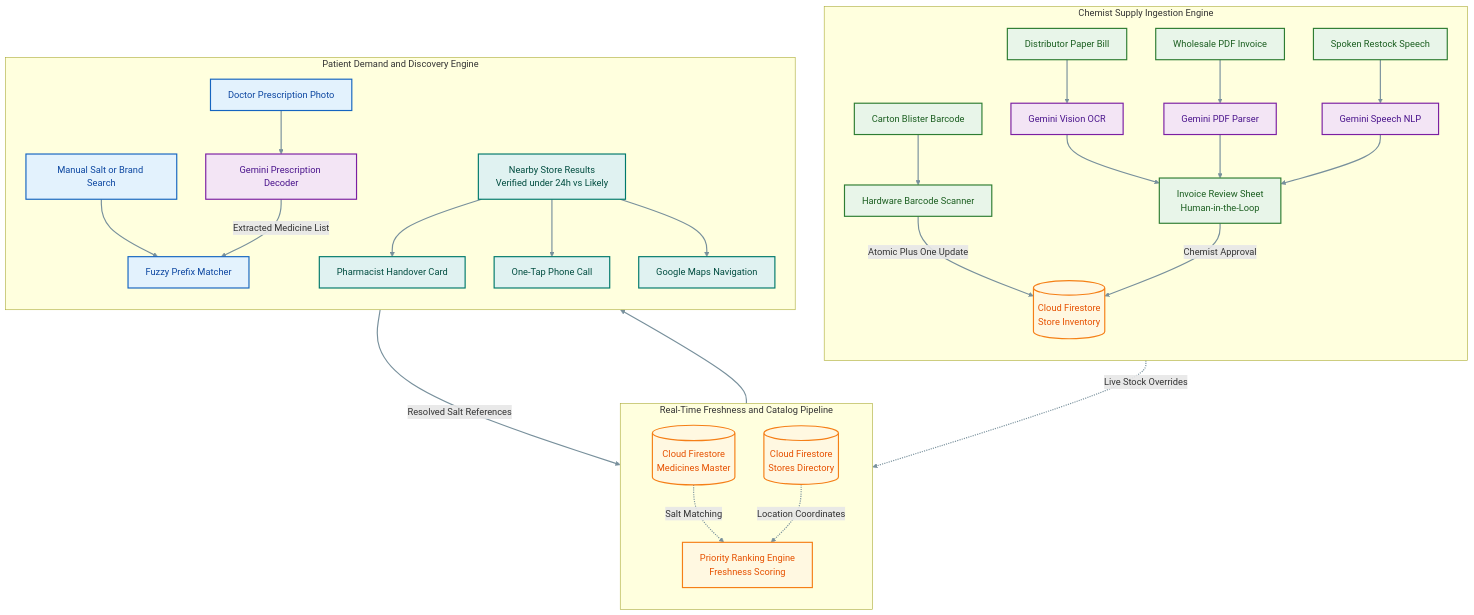
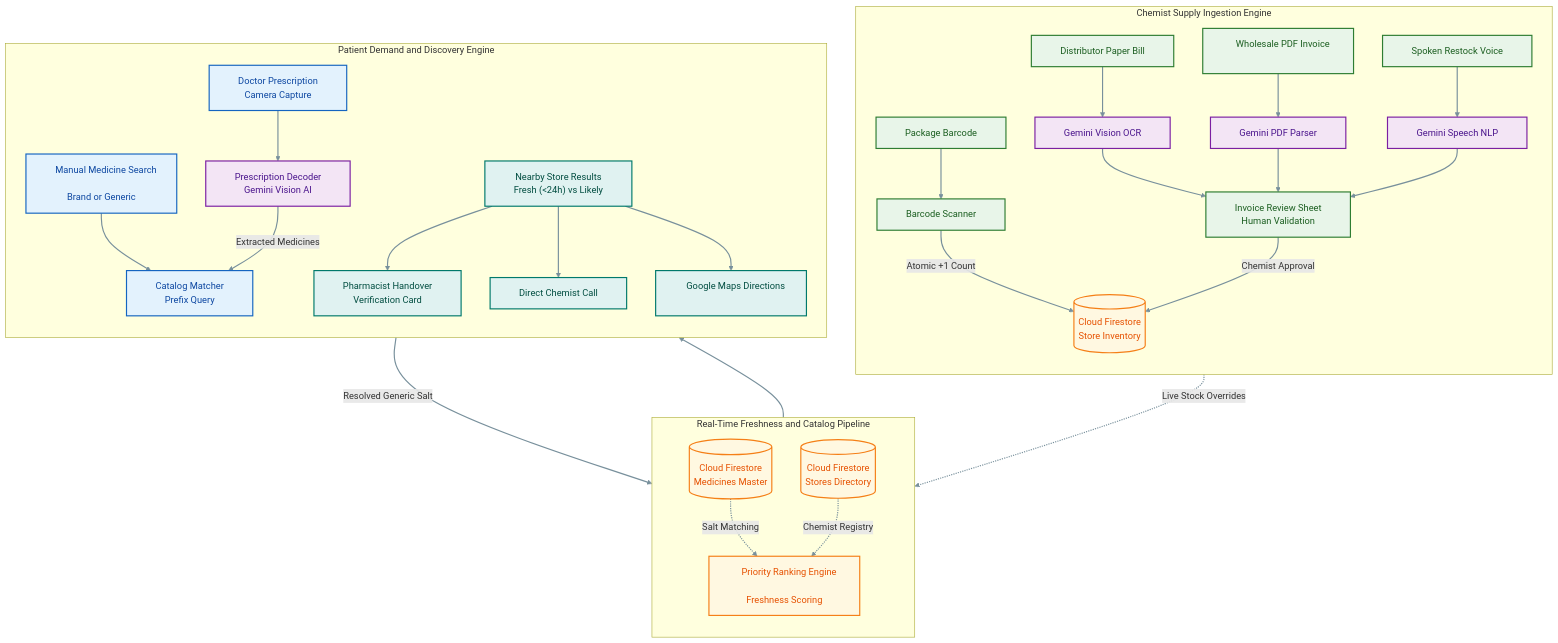
Before and after one commit to Parth-Chavan-15/MedSetu-TechSprint: the second of 6 diagrams in README.md, drawn with Mermaid. The commit also changed other lines of this file, not shown here.

Commit message:
docs: resolve Mermaid text clipping with non-breaking SVG padding, enhance emulator location tip with ADB CLI option

````diff
--- a/README.md
+++ b/README.md
@@ -116,53 +116,53 @@
 ```mermaid
 flowchart TB
     subgraph ChemistEngine["Chemist Supply Ingestion Engine"]
         direction TB
-        C_INV["Distributor Paper Bill"] --> G_INV["Gemini Vision OCR"]
-        C_PDF["Wholesale PDF Invoice"] --> G_PDF["Gemini PDF Parser"]
-        C_VOICE["Spoken Restock Speech"] --> G_NLP["Gemini Speech NLP"]
-        C_BC["Carton Blister Barcode"] --> BC_SCAN["Hardware Barcode Scanner"]
+        C_INV["&nbsp;&nbsp;&nbsp;&nbsp; Distributor Paper Bill &nbsp;&nbsp;&nbsp;&nbsp;"] --> G_INV["&nbsp;&nbsp;&nbsp;&nbsp; Gemini Vision OCR &nbsp;&nbsp;&nbsp;&nbsp;"]
+        C_PDF["&nbsp;&nbsp;&nbsp;&nbsp; Wholesale PDF Invoice &nbsp;&nbsp;&nbsp;&nbsp;"] --> G_PDF["&nbsp;&nbsp;&nbsp;&nbsp; Gemini PDF Parser &nbsp;&nbsp;&nbsp;&nbsp;"]
+        C_VOICE["&nbsp;&nbsp;&nbsp;&nbsp; Spoken Restock Voice &nbsp;&nbsp;&nbsp;&nbsp;"] --> G_NLP["&nbsp;&nbsp;&nbsp;&nbsp; Gemini Speech NLP &nbsp;&nbsp;&nbsp;&nbsp;"]
+        C_BC["&nbsp;&nbsp;&nbsp;&nbsp; Package Barcode &nbsp;&nbsp;&nbsp;&nbsp;"] --> BC_SCAN["&nbsp;&nbsp;&nbsp;&nbsp; Barcode Scanner &nbsp;&nbsp;&nbsp;&nbsp;"]
 
-        G_INV --> IRS["Invoice Review Sheet<br/>Human-in-the-Loop"]
+        G_INV --> IRS["&nbsp;&nbsp;&nbsp;&nbsp; Invoice Review Sheet &nbsp;&nbsp;&nbsp;&nbsp;<br/>&nbsp;&nbsp;&nbsp;&nbsp; Human Validation &nbsp;&nbsp;&nbsp;&nbsp;"]
         G_PDF --> IRS
         G_NLP --> IRS
-        BC_SCAN -->|Atomic Plus One Update| FS_INV
-        IRS -->|Chemist Approval| FS_INV[("Cloud Firestore<br/>Store Inventory")]
+        BC_SCAN -->|Atomic +1 Count| FS_INV
+        IRS -->|Chemist Approval| FS_INV[(" Cloud Firestore <br/> Store Inventory ")]
     end
 
     subgraph CoreEngine["Real-Time Freshness and Catalog Pipeline"]
         direction TB
-        FS_MED[("Cloud Firestore<br/>Medicines Master")]
-        FS_STORES[("Cloud Firestore<br/>Stores Directory")]
+        FS_MED[(" Cloud Firestore <br/> Medicines Master ")]
+        FS_STORES[(" Cloud Firestore <br/> Stores Directory ")]
 
-        FS_INV -.->|Live Stock Overrides| RANK["Priority Ranking Engine<br/>Freshness Scoring"]
+        FS_INV -.->|Live Stock Overrides| RANK["&nbsp;&nbsp;&nbsp;&nbsp; Priority Ranking Engine &nbsp;&nbsp;&nbsp;&nbsp;<br/>&nbsp;&nbsp;&nbsp;&nbsp; Freshness Scoring &nbsp;&nbsp;&nbsp;&nbsp;"]
         FS_MED -.->|Salt Matching| RANK
-        FS_STORES -.->|Location Coordinates| RANK
+        FS_STORES -.->|Chemist Registry| RANK
     end
 
     subgraph PatientEngine["Patient Demand and Discovery Engine"]
         direction TB
-        P_RX["Doctor Prescription Photo"] --> G_RX["Gemini Prescription Decoder"]
-        P_TXT["Manual Salt or Brand Search"] --> MATCH["Fuzzy Prefix Matcher"]
-        G_RX -->|Extracted Medicine List| MATCH
-        MATCH -->|Resolved Salt References| RANK
+        P_RX["&nbsp;&nbsp;&nbsp;&nbsp; Doctor Prescription &nbsp;&nbsp;&nbsp;&nbsp;<br/>&nbsp;&nbsp;&nbsp;&nbsp; Camera Capture &nbsp;&nbsp;&nbsp;&nbsp;"] --> G_RX["&nbsp;&nbsp;&nbsp;&nbsp; Prescription Decoder &nbsp;&nbsp;&nbsp;&nbsp;<br/>&nbsp;&nbsp;&nbsp;&nbsp; Gemini Vision AI &nbsp;&nbsp;&nbsp;&nbsp;"]
+        P_TXT["&nbsp;&nbsp;&nbsp;&nbsp; Manual Medicine Search &nbsp;&nbsp;&nbsp;&nbsp;<br/>&nbsp;&nbsp;&nbsp;&nbsp; Brand or Generic &nbsp;&nbsp;&nbsp;&nbsp;"] --> MATCH["&nbsp;&nbsp;&nbsp;&nbsp; Catalog Matcher &nbsp;&nbsp;&nbsp;&nbsp;<br/>&nbsp;&nbsp;&nbsp;&nbsp; Prefix Query &nbsp;&nbsp;&nbsp;&nbsp;"]
+        G_RX -->|Extracted Medicines| MATCH
+        MATCH -->|Resolved Generic Salt| RANK
 
-        RANK --> UI_STORES["Nearby Store Results<br/>Verified under 24h vs Likely"]
-        UI_STORES --> ACT_CARD["Pharmacist Handover Card"]
-        UI_STORES --> ACT_CALL["One-Tap Phone Call"]
-        UI_STORES --> ACT_MAP["Google Maps Navigation"]
+        RANK --> UI_STORES["&nbsp;&nbsp;&nbsp;&nbsp; Nearby Store Results &nbsp;&nbsp;&nbsp;&nbsp;<br/>&nbsp;&nbsp;&nbsp;&nbsp; Fresh (<24h) vs Likely &nbsp;&nbsp;&nbsp;&nbsp;"]
+        UI_STORES --> ACT_CARD["&nbsp;&nbsp;&nbsp;&nbsp; Pharmacist Handover &nbsp;&nbsp;&nbsp;&nbsp;<br/>&nbsp;&nbsp;&nbsp;&nbsp; Verification Card &nbsp;&nbsp;&nbsp;&nbsp;"]
+        UI_STORES --> ACT_CALL["&nbsp;&nbsp;&nbsp;&nbsp; Direct Chemist Call &nbsp;&nbsp;&nbsp;&nbsp;"]
+        UI_STORES --> ACT_MAP["&nbsp;&nbsp;&nbsp;&nbsp; Google Maps Directions &nbsp;&nbsp;&nbsp;&nbsp;"]
     end
 
     classDef chemist fill:#E8F5E9,stroke:#2E7D32,color:#1B5E20,stroke-width:2px;
     classDef patient fill:#E3F2FD,stroke:#1565C0,color:#0D47A1,stroke-width:2px;
     classDef ai fill:#F3E5F5,stroke:#7B1FA2,color:#4A148C,stroke-width:2px;
     classDef firestore fill:#FFF8E1,stroke:#F57F17,color:#E65100,stroke-width:2px;
     classDef output fill:#E0F2F1,stroke:#00796B,color:#004D40,stroke-width:2px;
 
     class C_INV,C_PDF,C_VOICE,C_BC,BC_SCAN,IRS chemist;
     class P_RX,P_TXT,MATCH patient;
     class G_INV,G_PDF,G_NLP,G_RX ai;
     class FS_INV,FS_MED,FS_STORES,RANK firestore;
     class UI_STORES,ACT_CARD,ACT_CALL,ACT_MAP output;
 
     linkStyle default stroke:#78909C,stroke-width:2px;
 ```
````
